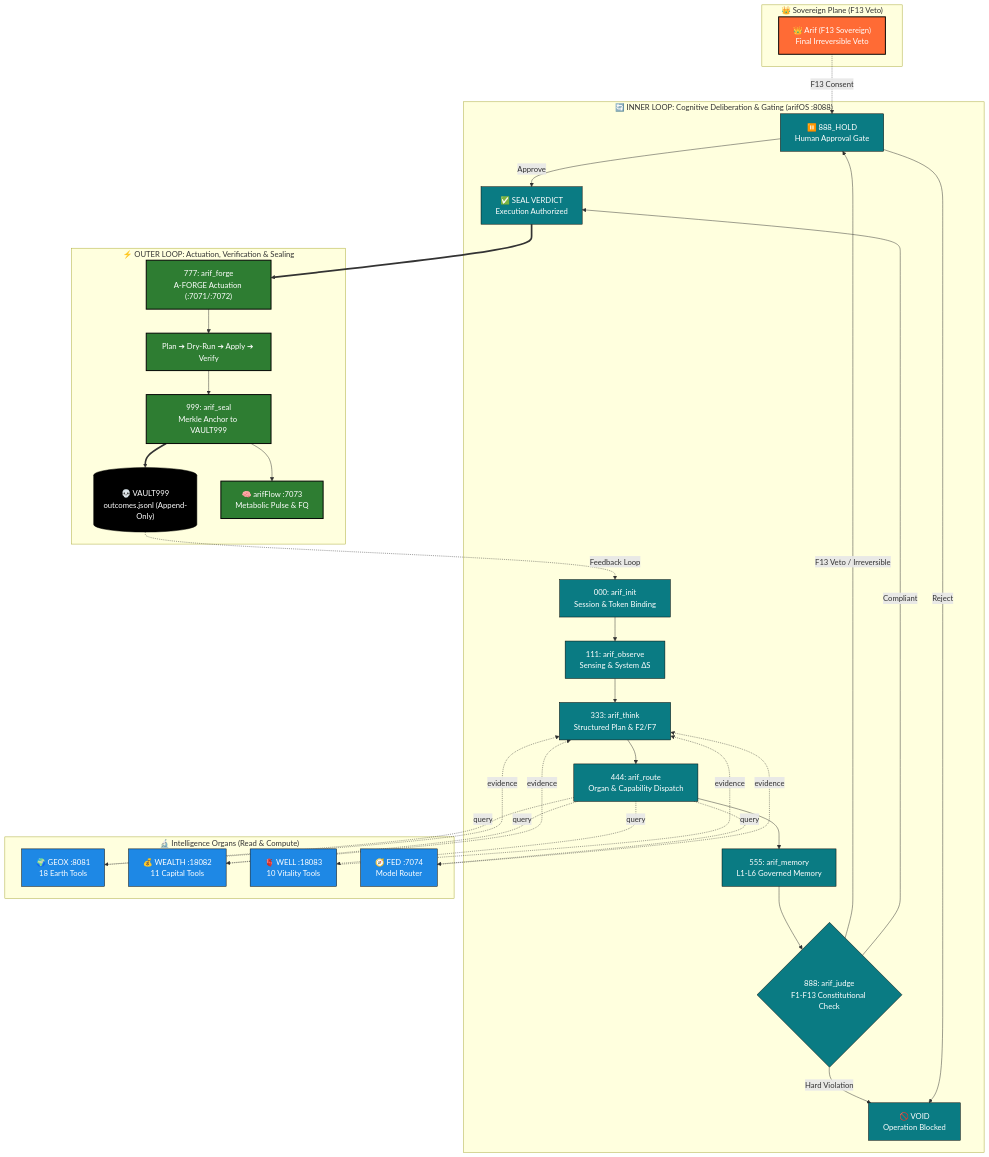
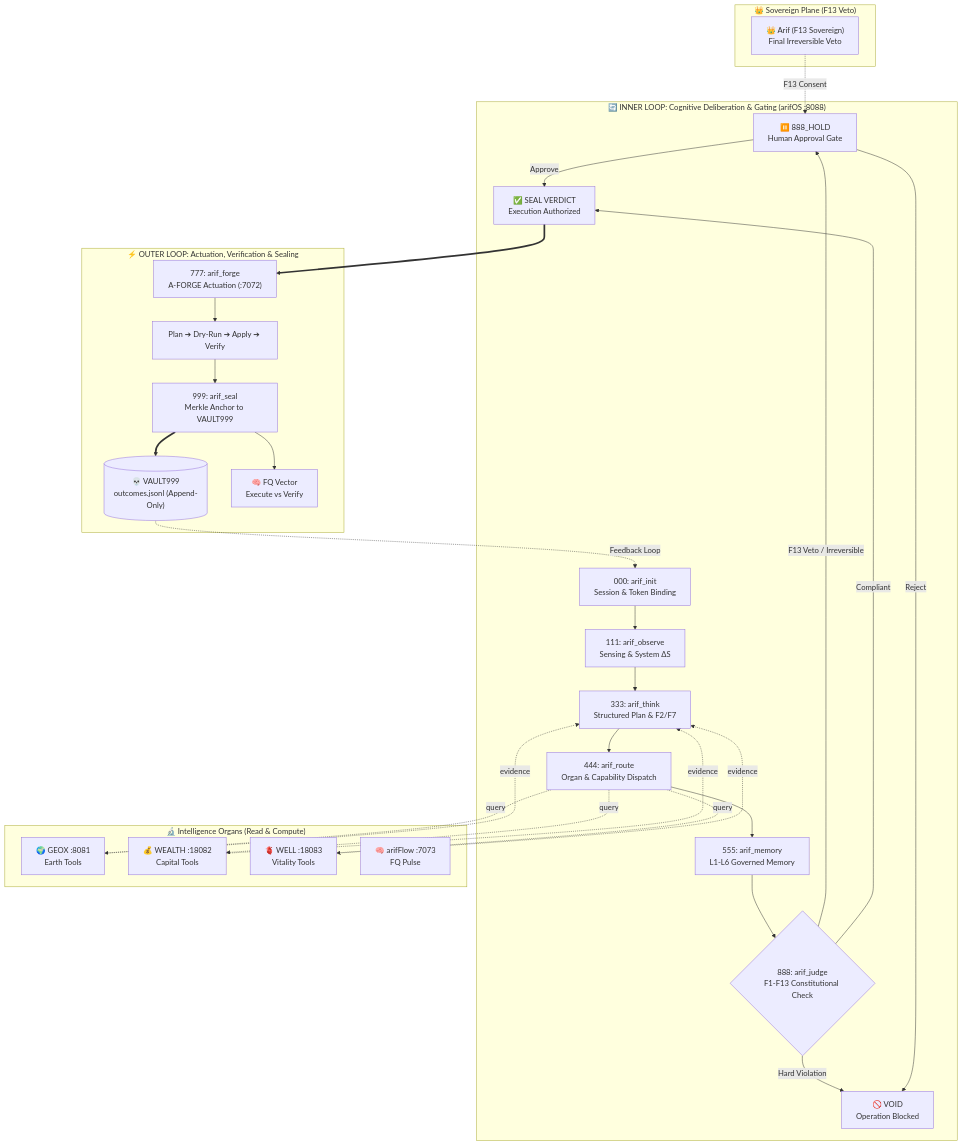
Before and after one commit to ariffazil/arifOS: the second of 2 diagrams in README.md, drawn with Mermaid. The commit also changed other lines of this file, not shown here.

````diff
--- a/README.md
+++ b/README.md
@@ -39,53 +83,41 @@
 ```mermaid
 flowchart TB
     subgraph Sovereign_Plane["👑 Sovereign Plane (F13 Veto)"]
         SOVEREIGN["👑 Arif (F13 Sovereign)<br/>Final Irreversible Veto"]
     end
 
     subgraph Inner_Loop["🔄 INNER LOOP: Cognitive Deliberation & Gating (arifOS :8088)"]
         INIT["000: arif_init<br/>Session & Token Binding"] --> OBS["111: arif_observe<br/>Sensing & System ΔS"]
         OBS --> THINK["333: arif_think<br/>Structured Plan & F2/F7"]
         THINK --> ROUTE["444: arif_route<br/>Organ & Capability Dispatch"]
         ROUTE --> MEM["555: arif_memory<br/>L1-L6 Governed Memory"]
         MEM --> JUDGE{"888: arif_judge<br/>F1-F13 Constitutional Check"}
-        
+
         JUDGE -->|F13 Veto / Irreversible| HOLD["⏸️ 888_HOLD<br/>Human Approval Gate"]
         JUDGE -->|Hard Violation| VOID["🚫 VOID<br/>Operation Blocked"]
         JUDGE -->|Compliant| SEAL_VERDICT["✅ SEAL VERDICT<br/>Execution Authorized"]
-        
+
         HOLD -->|Approve| SEAL_VERDICT
         HOLD -->|Reject| VOID
     end
 
     subgraph Domain_Organs["🔬 Intelligence Organs (Read & Compute)"]
-        GEOX["🌍 GEOX :8081<br/>18 Earth Tools"]
-        WEALTH["💰 WEALTH :18082<br/>11 Capital Tools"]
-        WELL["🫀 WELL :18083<br/>10 Vitality Tools"]
-        FED["🧭 FED :7074<br/>Model Router"]
+        GEOX["🌍 GEOX :8081<br/>Earth Tools"]
+        WEALTH["💰 WEALTH :18082<br/>Capital Tools"]
+        WELL["🫀 WELL :18083<br/>Vitality Tools"]
+        FLOW["🧠 arifFlow :7073<br/>FQ Pulse"]
     end
 
     subgraph Outer_Loop["⚡ OUTER LOOP: Actuation, Verification & Sealing"]
-        SEAL_VERDICT ==> FORGE_ACT["777: arif_forge<br/>A-FORGE Actuation (:7071/:7072)"]
+        SEAL_VERDICT ==> FORGE_ACT["777: arif_forge<br/>A-FORGE Actuation (:7072)"]
         FORGE_ACT --> EXEC["Plan ➔ Dry-Run ➔ Apply ➔ Verify"]
         EXEC --> SEAL_ANCHOR["999: arif_seal<br/>Merkle Anchor to VAULT999"]
         SEAL_ANCHOR ==> VAULT[("💀 VAULT999<br/>outcomes.jsonl (Append-Only)")]
-        SEAL_ANCHOR --> FLOW["🧠 arifFlow :7073<br/>Metabolic Pulse & FQ"]
+        SEAL_ANCHOR --> FQPULSE["🧠 FQ Vector<br/>Execute vs Verify"]
     end
 
-    ROUTE -.->|query| GEOX & WEALTH & WELL & FED
-    GEOX & WEALTH & WELL & FED -.->|evidence| THINK
+    ROUTE -.->|query| GEOX & WEALTH & WELL
+    GEOX & WEALTH & WELL -.->|evidence| THINK
     SOVEREIGN -.->|F13 Consent| HOLD
     VAULT -.->|Feedback Loop| INIT
-
-    classDef sovereign fill:#FF6B35,stroke:#000,color:#fff,stroke-width:2px;
-    classDef inner fill:#0a7b83,stroke:#000,color:#fff;
-    classDef domain fill:#1E88E5,stroke:#000,color:#fff;
-    classDef outer fill:#2E7D32,stroke:#000,color:#fff,stroke-width:2px;
-    classDef vault fill:#000,stroke:#000,color:#fff;
-
-    class SOVEREIGN sovereign;
-    class INIT,OBS,THINK,ROUTE,MEM,JUDGE,HOLD,VOID,SEAL_VERDICT inner;
-    class GEOX,WEALTH,WELL,FED domain;
-    class FORGE_ACT,EXEC,SEAL_ANCHOR,FLOW outer;
-    class VAULT vault;
 ```
````
